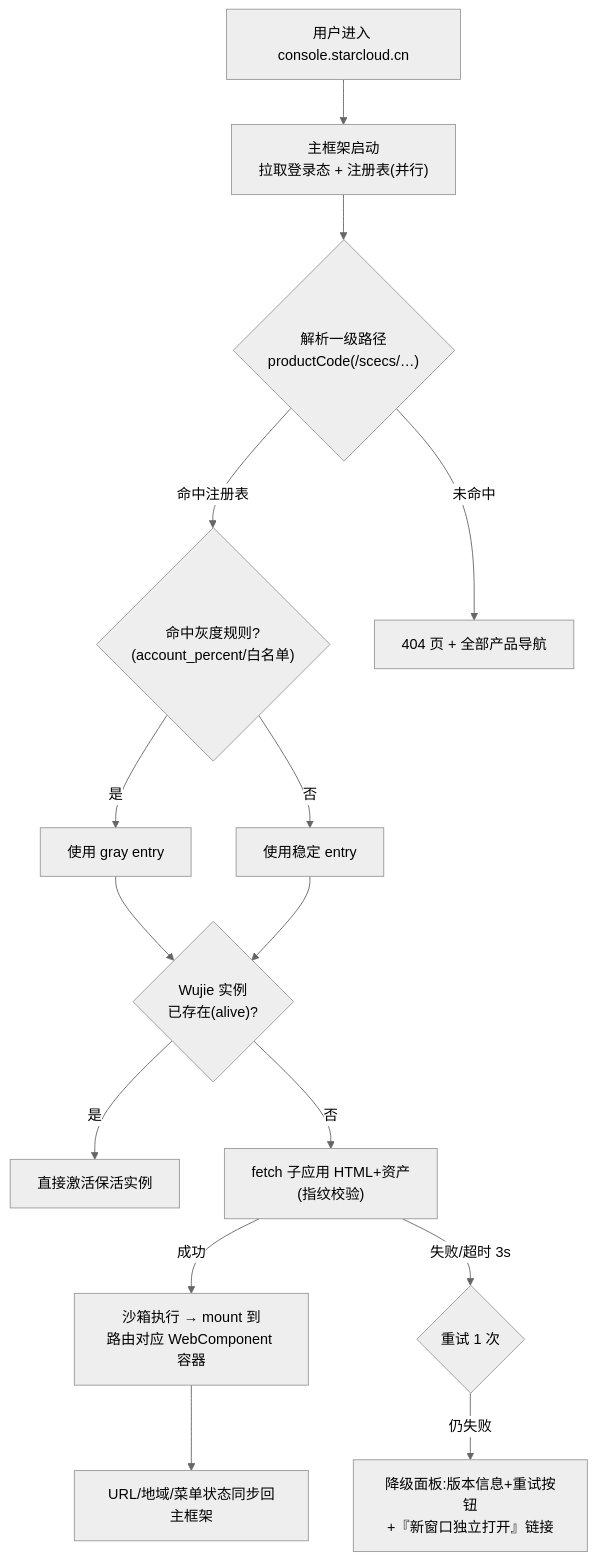
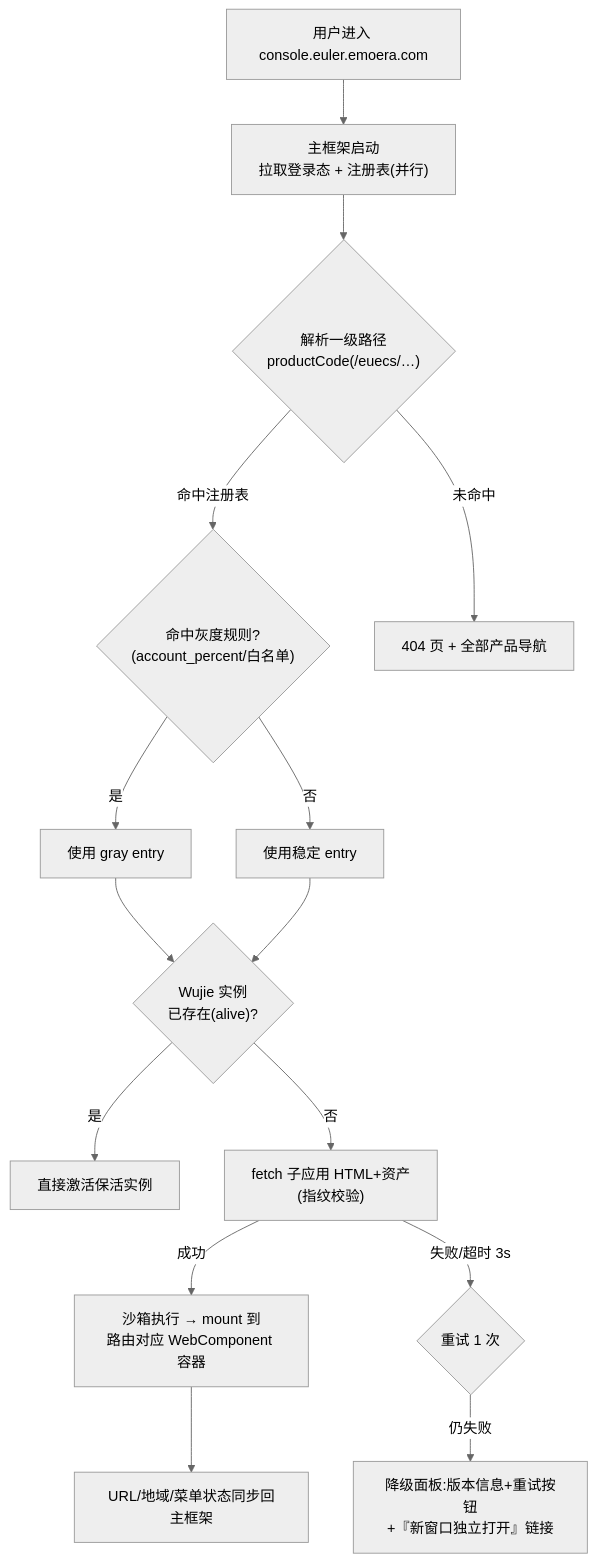
Before and after one commit to qifalab/euler-platform: the second of 6 diagrams in docs/architecture/02-frontend-architecture.md, drawn with Mermaid (neutral theme). The commit also changed other lines of this file and 505 other files, not shown here.

First line of the commit message:
Rebrand starcloud/SC to euler/EU across the entire repo

````diff
--- a/docs/architecture/02-frontend-architecture.md
+++ b/docs/architecture/02-frontend-architecture.md
@@ -367,16 +367,16 @@
 ```mermaid
 flowchart TD
-    START["用户进入 console.starcloud.cn"] --> BOOT["主框架启动<br/>拉取登录态 + 注册表(并行)"]
-    BOOT --> ROUTE{"解析一级路径<br/>productCode(/scecs/…)"}
+    START["用户进入 console.euler.emoera.com"] --> BOOT["主框架启动<br/>拉取登录态 + 注册表(并行)"]
+    BOOT --> ROUTE{"解析一级路径<br/>productCode(/euecs/…)"}
     ROUTE -->|命中注册表| GRAY{"命中灰度规则?<br/>(account_percent/白名单)"}
     ROUTE -->|未命中| NF["404 页 + 全部产品导航"]
     GRAY -->|是| ENTRY_G["使用 gray entry"]
     GRAY -->|否| ENTRY_S["使用稳定 entry"]
     ENTRY_G & ENTRY_S --> CACHE{"Wujie 实例<br/>已存在(alive)?"}
     CACHE -->|是| SHOW["直接激活保活实例"]
     CACHE -->|否| FETCH["fetch 子应用 HTML+资产<br/>(指纹校验)"]
     FETCH -->|成功| SANDBOX["沙箱执行 → mount 到<br/>路由对应 WebComponent 容器"]
     FETCH -->|失败/超时 3s| RETRY{"重试 1 次"}
     RETRY -->|仍失败| DEGRADE["降级面板:版本信息+重试按钮<br/>+『新窗口独立打开』链接"]
     SANDBOX --> SYNC["URL/地域/菜单状态同步回主框架"]
 ```
````
